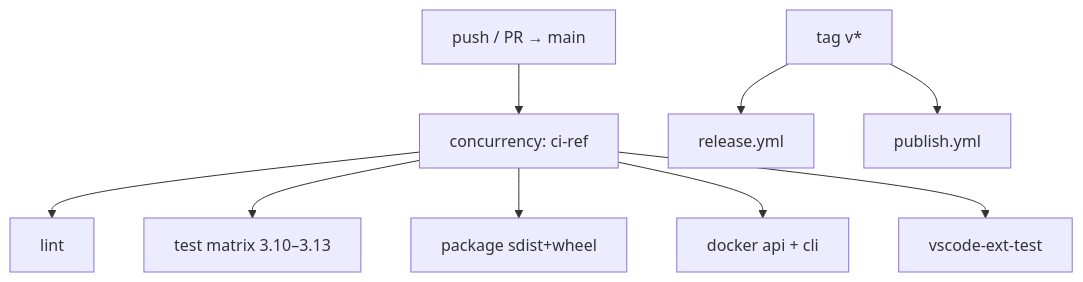
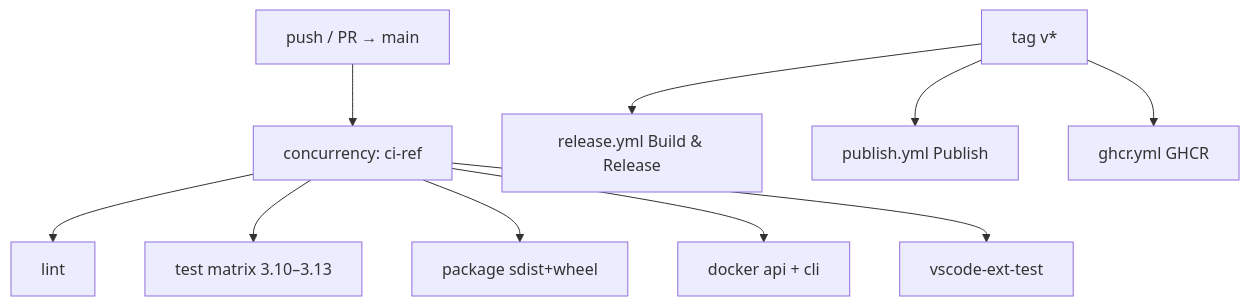
Before and after one commit to hoox-sh/pyne: the diagram in docs/pyne/devops/ci.mdx, drawn with Mermaid. The commit also changed other lines of this file and 101 other files, not shown here.

````diff
--- a/docs/pyne/devops/ci.mdx
+++ b/docs/pyne/devops/ci.mdx
@@ -41,11 +42,12 @@
 ```mermaid
 flowchart TB
   PUSH[push / PR → main] --> CONC[concurrency: ci-ref]
   CONC --> LINT[lint]
   CONC --> TEST[test matrix 3.10–3.13]
   CONC --> PKG[package sdist+wheel]
   CONC --> DOCK[docker api + cli]
   CONC --> VSC[vscode-ext-test]
-  TAG[tag v*] --> REL[release.yml]
-  TAG --> PUB[publish.yml]
+  TAG[tag v*] --> REL[release.yml Build & Release]
+  TAG --> PUB[publish.yml Publish]
+  TAG --> GHCR[ghcr.yml GHCR]
 ```
````
